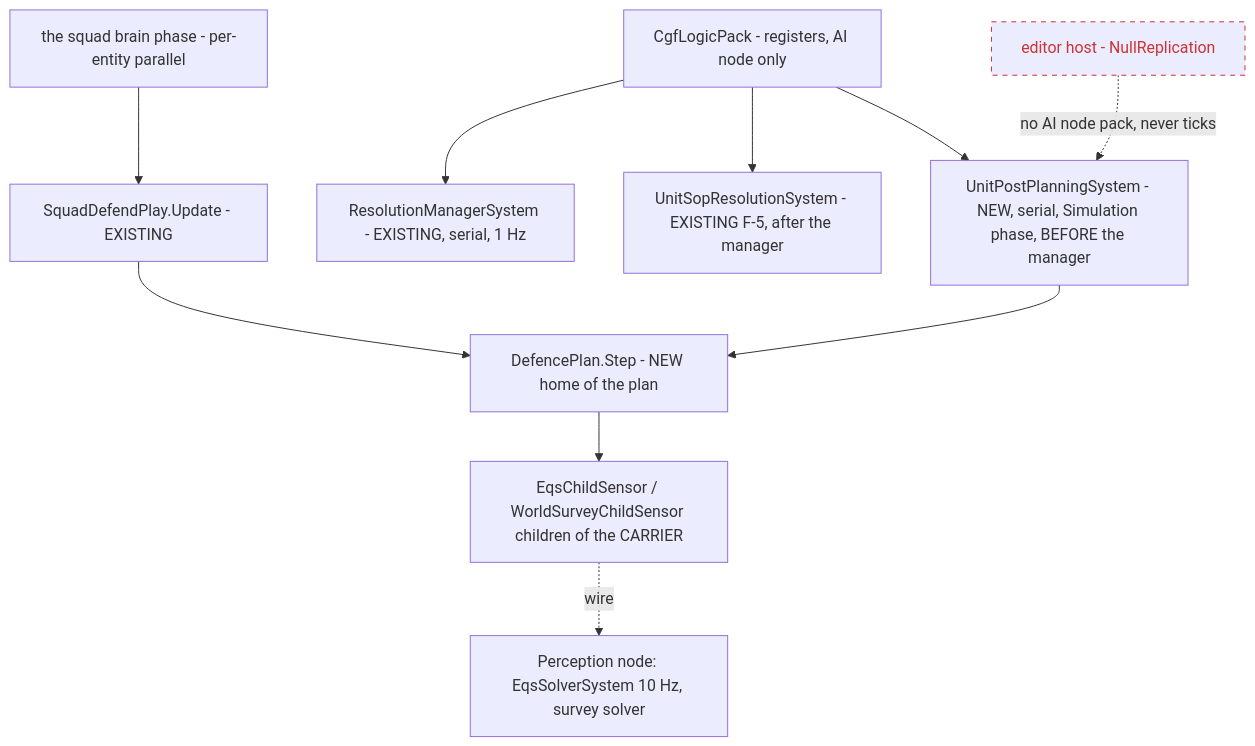
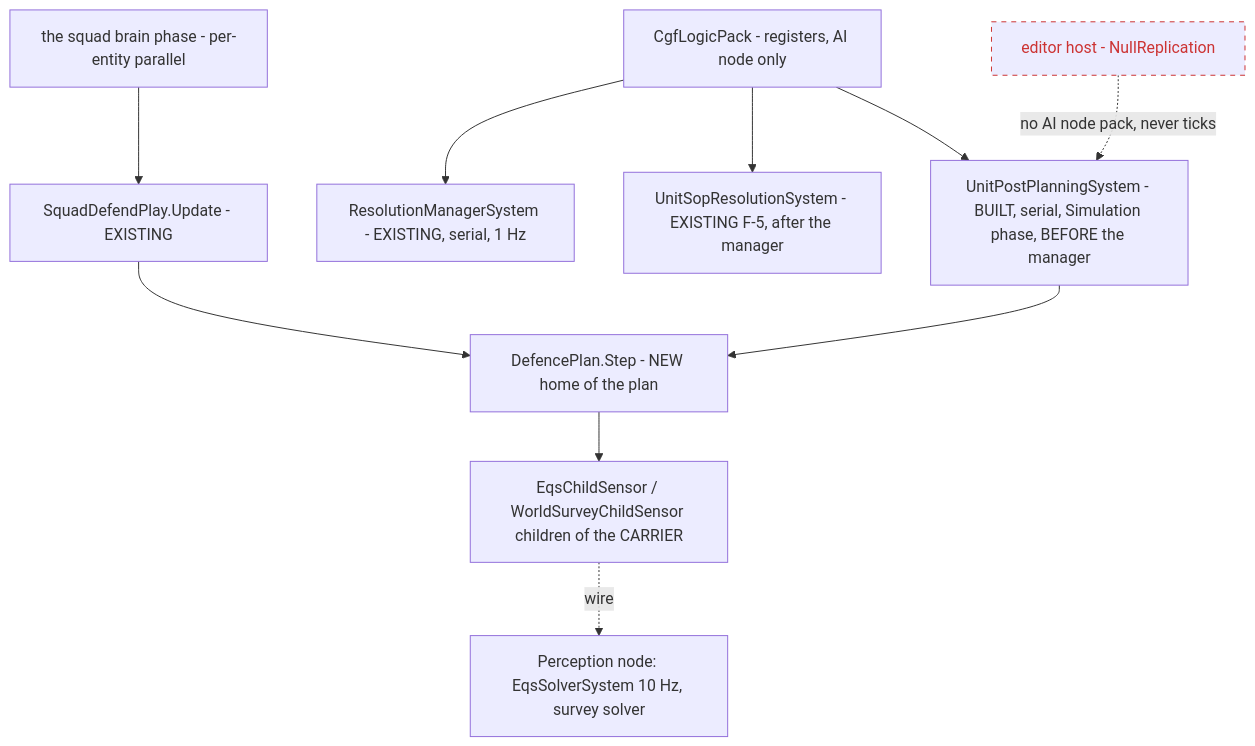
The third of 3 diagrams in docs/designs/aggregate-units/DESIGN_DP3_Planned_Posts.md (pjanec/HROT), drawn with Mermaid before and after one commit. The commit also changed other lines of this file and 2 other files, not shown here.

First line of the commit message:
agg-behaviors D-P3 (CE-8303): as-built folded into DESIGN_DP3_Planned_Posts §9 (BUILDING: our half built, agg-backend's wait open), scenarios + stepped-hash, STATUS rows, note to agg-backend (PlannedPosts.TryGet for Materialise; R-8346..R-8348)

````diff
--- a/docs/designs/aggregate-units/DESIGN_DP3_Planned_Posts.md
+++ b/docs/designs/aggregate-units/DESIGN_DP3_Planned_Posts.md
@@ -168,13 +219,13 @@
 ```mermaid
 graph TD
-  CGF[CgfLogicPack - registers, AI node only] --> PL[UnitPostPlanningSystem - NEW, serial, Simulation phase, BEFORE the manager]
+  CGF[CgfLogicPack - registers, AI node only] --> PL[UnitPostPlanningSystem - BUILT, serial, Simulation phase, BEFORE the manager]
   CGF --> MGR[ResolutionManagerSystem - EXISTING, serial, 1 Hz]
   CGF --> SOP[UnitSopResolutionSystem - EXISTING F-5, after the manager]
   BRAIN[the squad brain phase - per-entity parallel] --> PLAY[SquadDefendPlay.Update - EXISTING]
   PLAY --> DP[DefencePlan.Step - NEW home of the plan]
   PL --> DP
   DP --> EQS[EqsChildSensor / WorldSurveyChildSensor children of the CARRIER]
   EQS -.wire.-> MUS[Perception node: EqsSolverSystem 10 Hz, survey solver]
   EDITOR[editor host - NullReplication]:::dead -.no AI node pack, never ticks.-> PL
   classDef dead stroke:#c33,color:#c33,stroke-dasharray: 5 5
 ```
````
